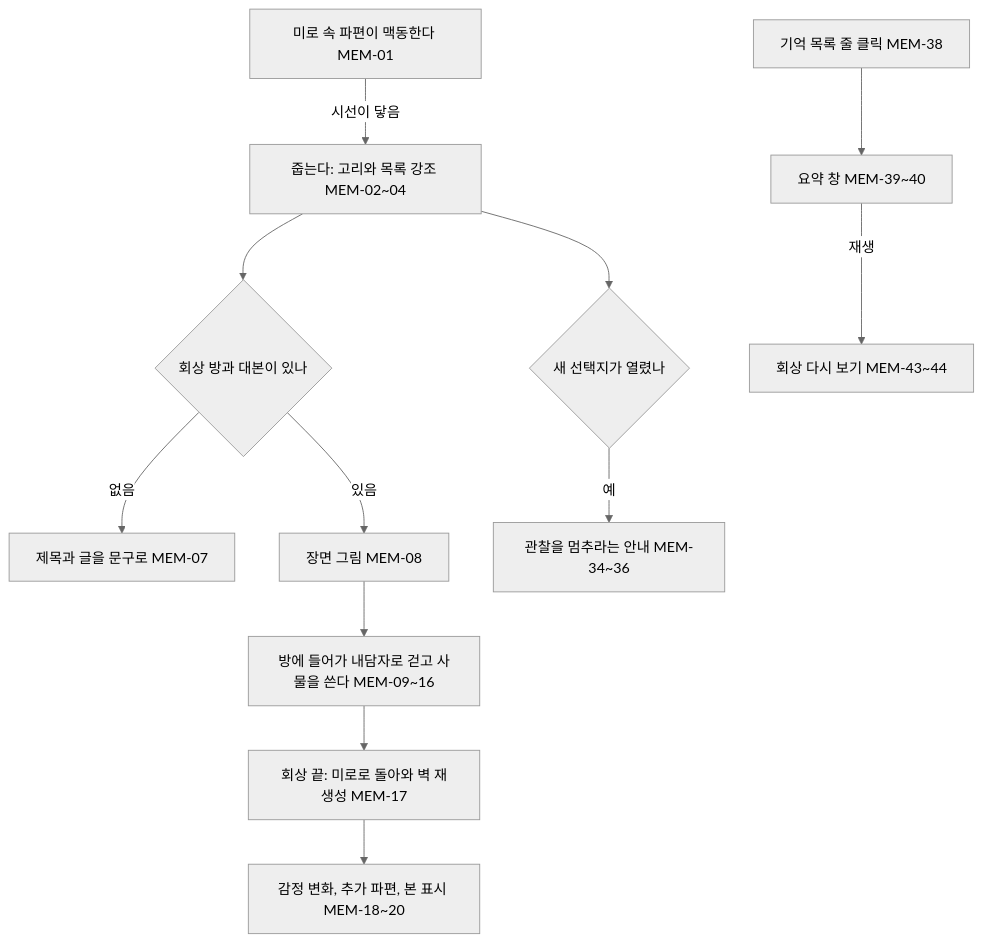
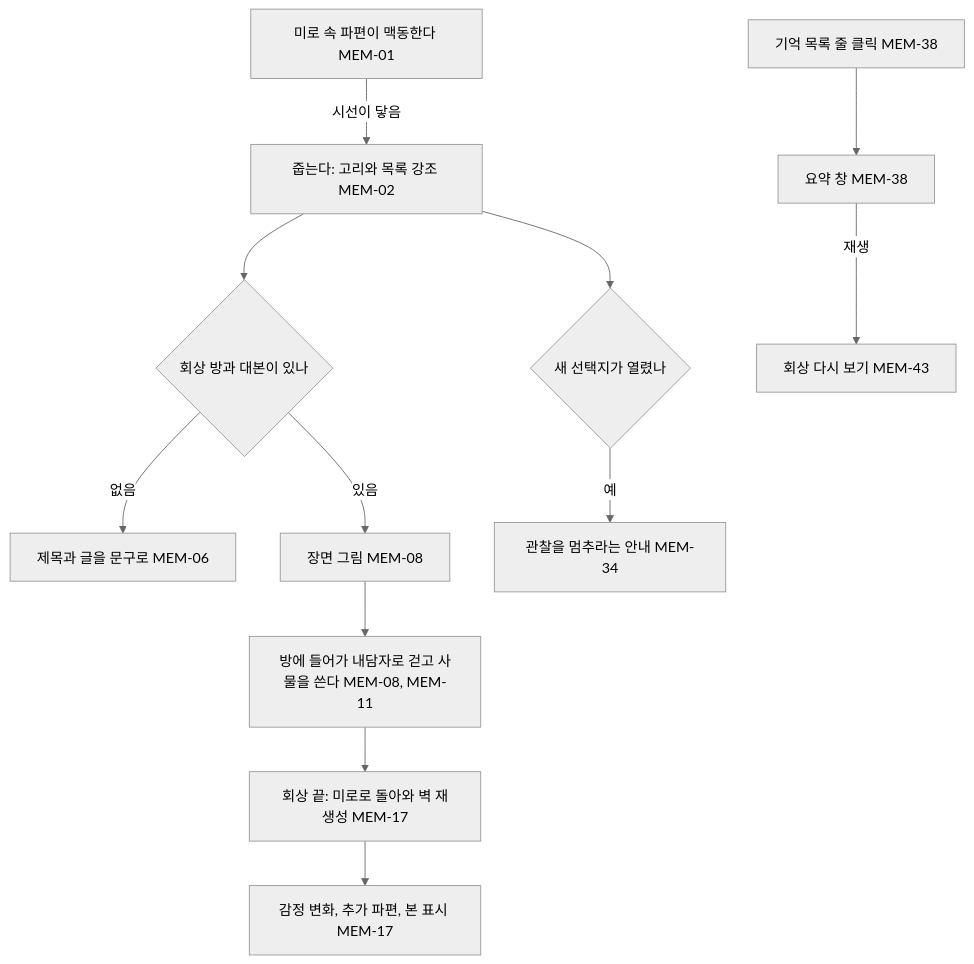
One commit to xpaklove12-lang/Corner1 changed the diagram in docs/specs/memory-fragments.md. Above: the diagram before and after it, drawn with Mermaid (neutral theme). The commit also changed other lines of this file and 48 other files, not shown here.

````diff
--- a/docs/specs/memory-fragments.md
+++ b/docs/specs/memory-fragments.md
@@ -9,12 +9,12 @@
 ```mermaid
 flowchart TD
-    A[미로 속 파편이 맥동한다 MEM-01] -->|시선이 닿음| B[줍는다: 고리와 목록 강조 MEM-02~04]
+    A[미로 속 파편이 맥동한다 MEM-01] -->|시선이 닿음| B[줍는다: 고리와 목록 강조 MEM-02]
     B --> C{회상 방과 대본이 있나}
-    C -->|없음| D[제목과 글을 문구로 MEM-07]
-    C -->|있음| E[장면 그림 MEM-08] --> F[방에 들어가 내담자로 걷고 사물을 쓴다 MEM-09~16]
+    C -->|없음| D[제목과 글을 문구로 MEM-06]
+    C -->|있음| E[장면 그림 MEM-08] --> F[방에 들어가 내담자로 걷고 사물을 쓴다 MEM-08, MEM-11]
     F --> G[회상 끝: 미로로 돌아와 벽 재생성 MEM-17]
-    G --> H[감정 변화, 추가 파편, 본 표시 MEM-18~20]
+    G --> H[감정 변화, 추가 파편, 본 표시 MEM-17]
     B --> I{새 선택지가 열렸나}
-    I -->|예| J[관찰을 멈추라는 안내 MEM-34~36]
-    K[기억 목록 줄 클릭 MEM-38] --> L[요약 창 MEM-39~40] -->|재생| M[회상 다시 보기 MEM-43~44]
+    I -->|예| J[관찰을 멈추라는 안내 MEM-34]
+    K[기억 목록 줄 클릭 MEM-38] --> L[요약 창 MEM-38] -->|재생| M[회상 다시 보기 MEM-43]
 ```
````
